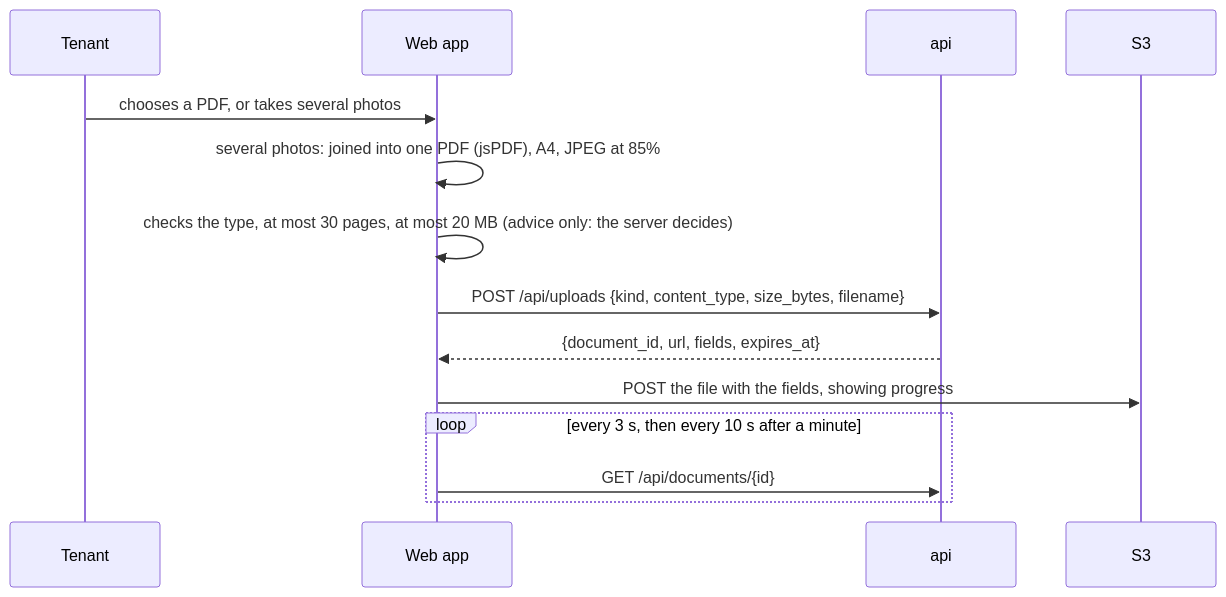
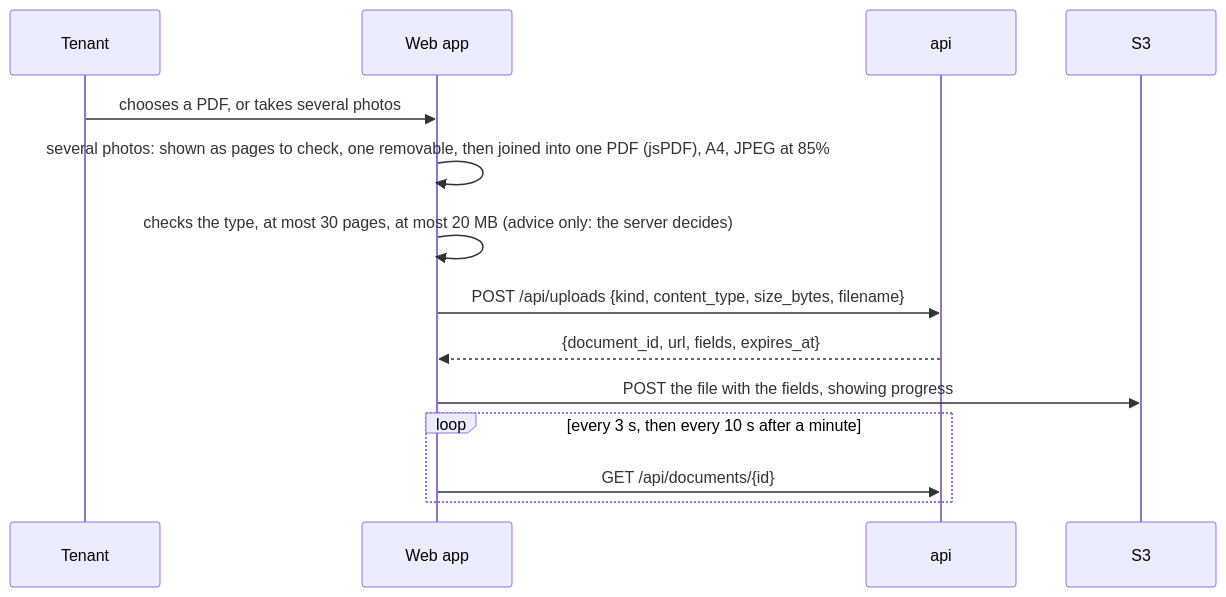
The second of 4 diagrams in docs/design/web.md (Katlego-tech/Tokelo), drawn with Mermaid before and after one commit. The commit also changed other lines of this file and 12 other files, not shown here.

````diff
--- a/docs/design/web.md
+++ b/docs/design/web.md
@@ -87,16 +87,16 @@
 ```mermaid
 sequenceDiagram
     participant T as Tenant
     participant W as Web app
     participant A as api
     participant S as S3
     T->>W: chooses a PDF, or takes several photos
-    W->>W: several photos: joined into one PDF (jsPDF), A4, JPEG at 85%
+    W->>W: several photos: shown as pages to check, one removable, then joined into one PDF (jsPDF), A4, JPEG at 85%
     W->>W: checks the type, at most 30 pages, at most 20 MB (advice only: the server decides)
     W->>A: POST /api/uploads {kind, content_type, size_bytes, filename}
     A-->>W: {document_id, url, fields, expires_at}
     W->>S: POST the file with the fields, showing progress
     loop every 3 s, then every 10 s after a minute
         W->>A: GET /api/documents/{id}
     end
 ```
````
